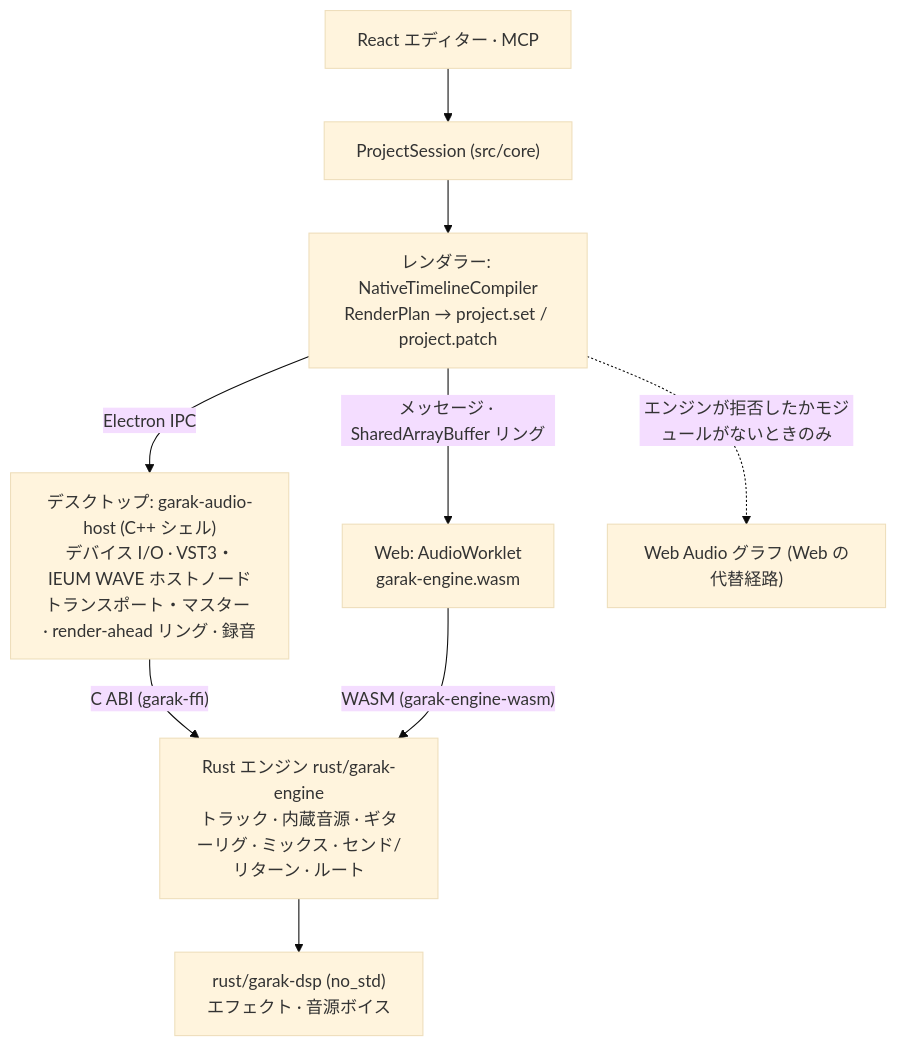
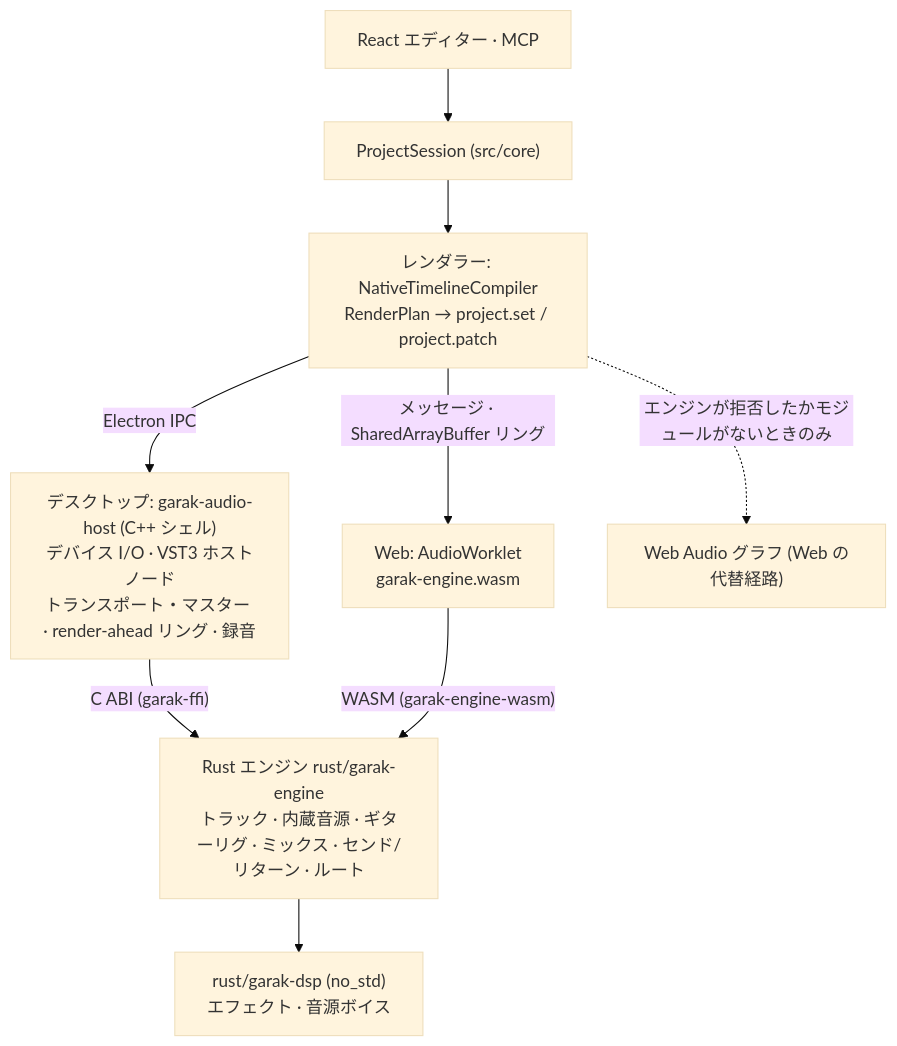
The diagram in README.ja.md (songchez/garak-ieum), drawn with Mermaid (base theme) before and after one commit. The commit also changed other lines of this file and 12 other files, not shown here.

First line of the commit message:
docs: IEUM WAVE renders only in the Rust engine (0.3.3)

````diff
--- a/README.ja.md
+++ b/README.ja.md
@@ -66,11 +66,11 @@
 ```mermaid
 flowchart TD
   UI["React エディター · MCP"] --> S["ProjectSession (src/core)"]
   S --> C["レンダラー: NativeTimelineCompiler<br/>RenderPlan → project.set / project.patch"]
-  C -->|"Electron IPC"| H["デスクトップ: garak-audio-host (C++ シェル)<br/>デバイス I/O · VST3・IEUM WAVE ホストノード<br/>トランスポート・マスター · render-ahead リング · 録音"]
+  C -->|"Electron IPC"| H["デスクトップ: garak-audio-host (C++ シェル)<br/>デバイス I/O · VST3 ホストノード<br/>トランスポート・マスター · render-ahead リング · 録音"]
   C -->|"メッセージ · SharedArrayBuffer リング"| W["Web: AudioWorklet<br/>garak-engine.wasm"]
   H -->|"C ABI (garak-ffi)"| E["Rust エンジン rust/garak-engine<br/>トラック · 内蔵音源 · ギターリグ · ミックス · センド/リターン · ルート"]
   W -->|"WASM (garak-engine-wasm)"| E
   E --> D["rust/garak-dsp (no_std)<br/>エフェクト · 音源ボイス"]
   C -.->|"エンジンが拒否したかモジュールがないときのみ"| F["Web Audio グラフ (Web の代替経路)"]
 ```
````
